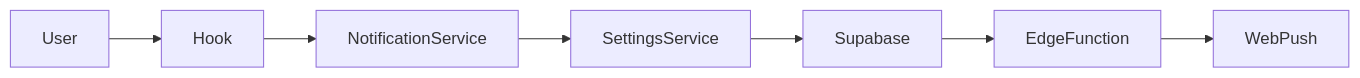
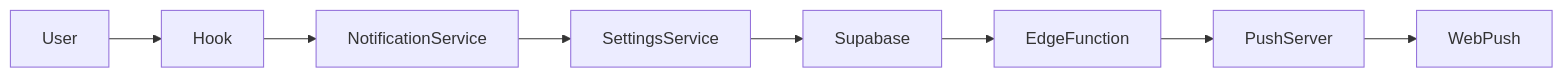
Before and after one commit to Projeto-Fluidity/fluidity: the third of 4 diagrams in README.md, drawn with Mermaid. The commit also changed other lines of this file, not shown here.

````diff
--- a/README.md
+++ b/README.md
@@ -147,12 +150,12 @@
 ```mermaid
 flowchart LR
 
 User --> Hook
 Hook --> NotificationService
 NotificationService --> SettingsService
 SettingsService --> Supabase
 
 Supabase --> EdgeFunction
-
-EdgeFunction --> WebPush
+EdgeFunction --> PushServer
+PushServer --> WebPush
 ```
````
